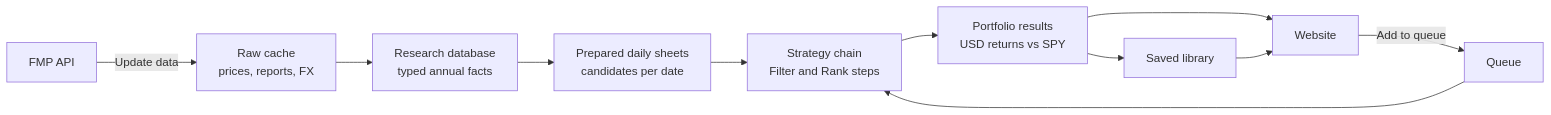
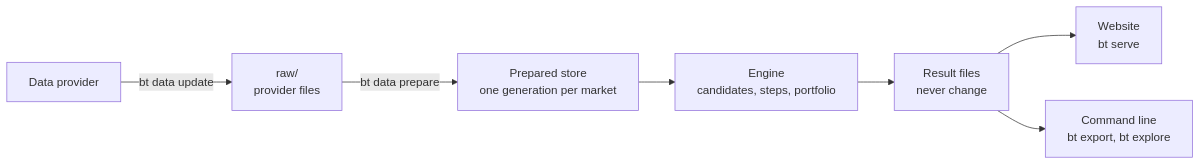
The diagram in README.md (hychowah/stock-backtest), drawn with Mermaid before and after one commit. The commit also changed other lines of this file and 347 other files, not shown here.

````diff
--- a/README.md
+++ b/README.md
@@ -65,13 +70,9 @@
 ```mermaid
 flowchart LR
-    FMP["FMP API"] -->|"Update data"| RAW["Raw cache<br/>prices, reports, FX"]
-    RAW --> RES["Research database<br/>typed annual facts"]
-    RES --> SHEETS["Prepared daily sheets<br/>candidates per date"]
-    SHEETS --> CHAIN["Strategy chain<br/>Filter and Rank steps"]
-    CHAIN --> RESULTS["Portfolio results<br/>USD returns vs SPY"]
-    RESULTS --> WEB["Website"]
-    WEB -->|"Add to queue"| QUEUE["Queue"]
-    QUEUE --> CHAIN
-    RESULTS --> LIB["Saved library"]
-    LIB --> WEB
+    FMP["Data provider"] -->|"bt data update"| RAW["raw/<br/>provider files"]
+    RAW -->|"bt data prepare"| PREP["Prepared store<br/>one generation per market"]
+    PREP --> ENGINE["Engine<br/>candidates, steps, portfolio"]
+    ENGINE --> RESULTS["Result files<br/>never change"]
+    RESULTS --> WEB["Website<br/>bt serve"]
+    RESULTS --> CLI["Command line<br/>bt export, bt explore"]
 ```
````
